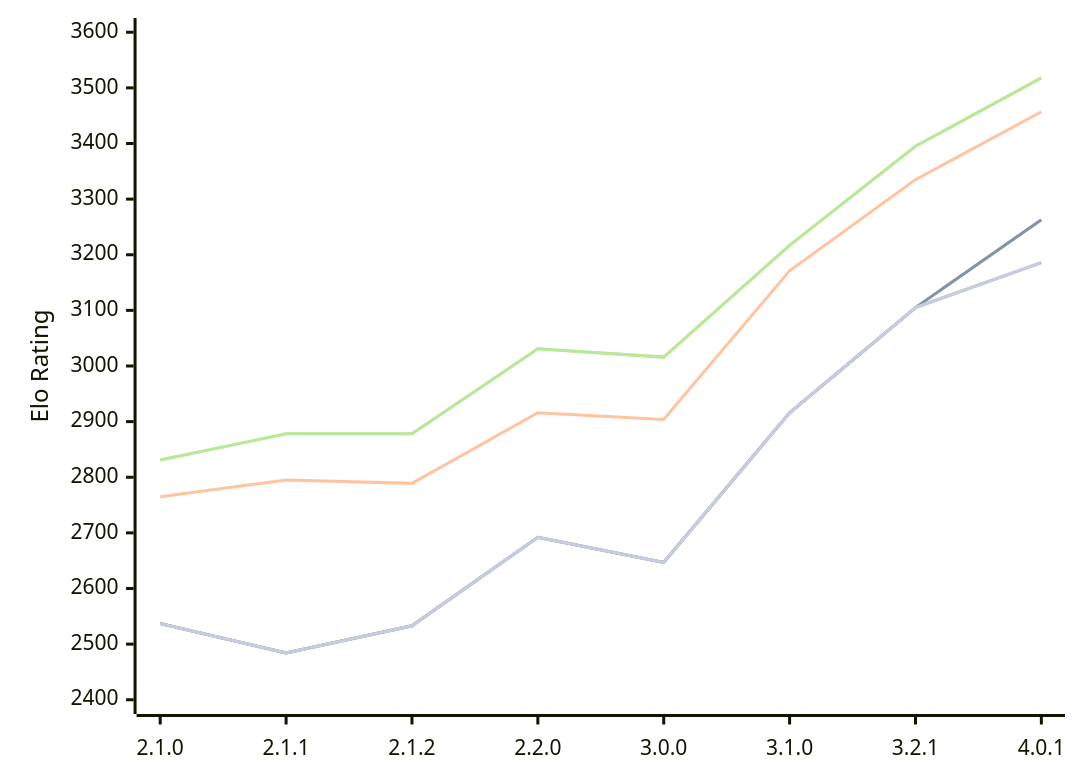
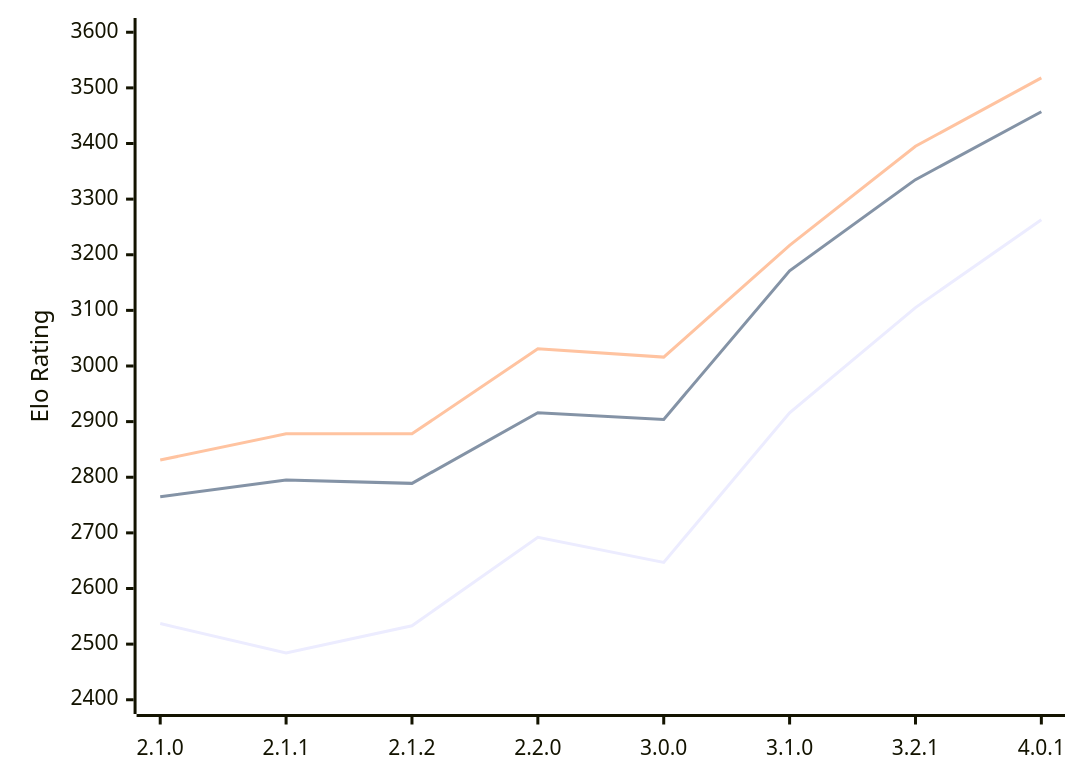
Before and after one commit to computer-chess-index/cci: the diagram in engines/Prune.md, drawn with Mermaid. The commit also changed other lines of this file, not shown here.

````diff
--- a/engines/Prune.md
+++ b/engines/Prune.md
@@ -54,13 +54,9 @@
 ```mermaid
 %%{init: {"theme":"base","themeVariables":{"seriesColors:['#a3a3a3','#222221','#faa371']}}}%%
 xychart-beta
   x-axis ["2.1.0", "2.1.1", "2.1.2", "2.2.0", "3.0.0", "3.1.0", "3.2.1", "4.0.1"]
   y-axis "Elo Rating" 2400 --> 3600
-  line "" [2537, 2484, 2533, 2692, 2647, 2916, 3105, 3263]
   line "T1: STC (8.0+0.08s)" [2537, 2484, 2533, 2692, 2647, 2916, 3105, 3263]
   line "T1: LTC (60.0+0.60s)" [2765, 2795, 2789, 2916, 2904, 3171, 3335, 3457]
-  line "" [2831, 2878, 2878, 3031, 3016, 3217, 3395, 3518]
   line "T1: VLTC (2m24s+1.12s)" [2831, 2878, 2878, 3031, 3016, 3217, 3395, 3518]
-  line "" [2537, 2484, 2533, 2692, 2647, 2916, 3105,3186]
-  line "E1: STC (8.0+0.08s)" [2537, 2484, 2533, 2692, 2647, 2916, 3105,3186]
 ```
````
